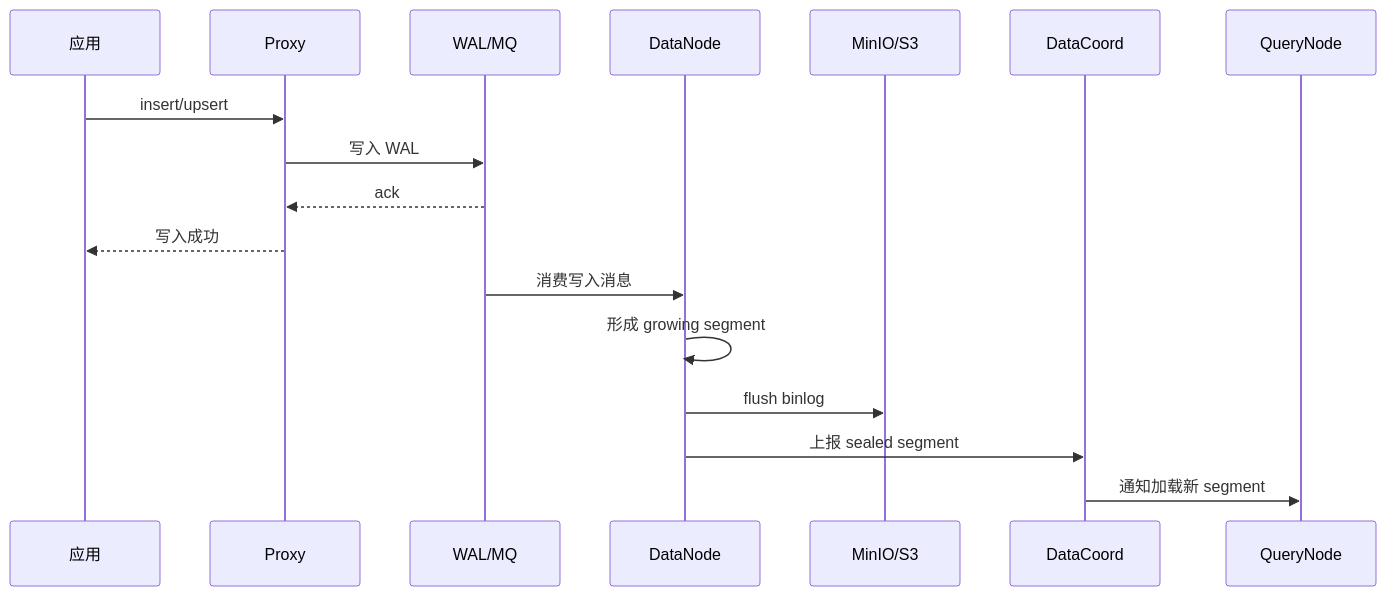
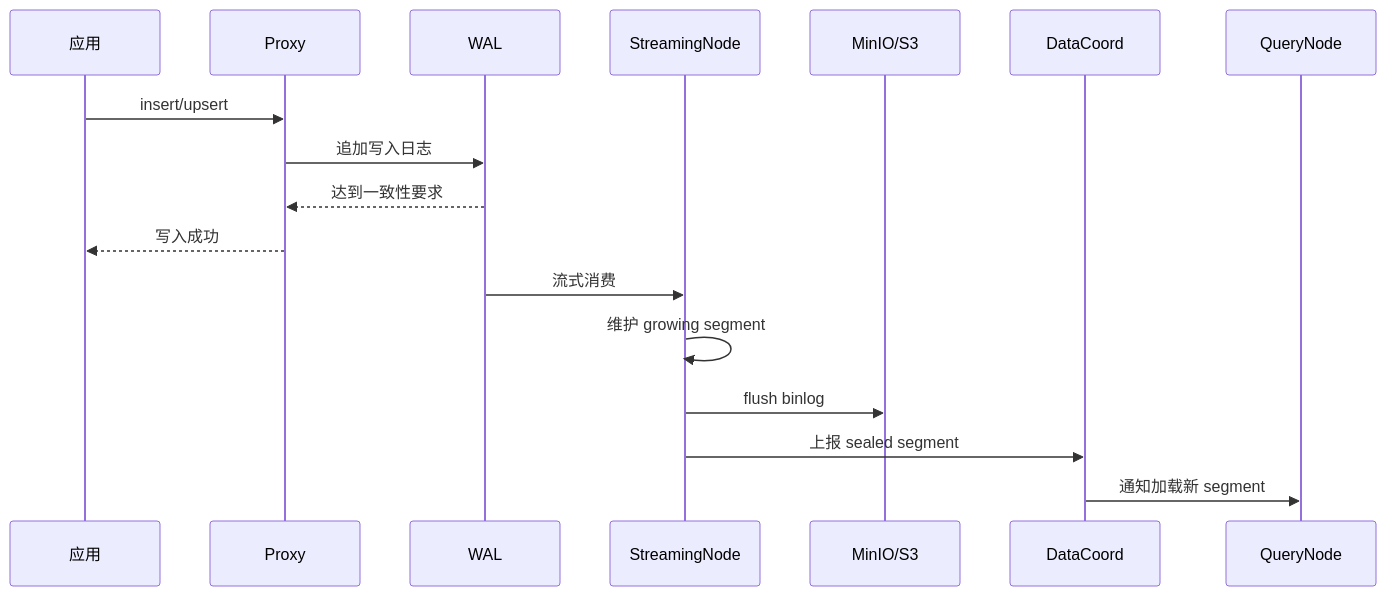
The second of 4 diagrams in milvus-master-course/docs/02-Milvus整体架构.md (yuanmomoya/milvus), drawn with Mermaid before and after one commit. The commit also changed other lines of this file and 341 other files, not shown here.

````diff
--- a/milvus-master-course/docs/02-Milvus整体架构.md
+++ b/milvus-master-course/docs/02-Milvus整体架构.md
@@ -67,20 +62,20 @@
 ```mermaid
 sequenceDiagram
     participant App as 应用
     participant Proxy
-    participant MQ as WAL/MQ
-    participant DataNode
+    participant WAL
+    participant StreamingNode
     participant Obj as MinIO/S3
     participant DataCoord
     participant QueryNode
 
     App->>Proxy: insert/upsert
-    Proxy->>MQ: 写入 WAL
-    MQ-->>Proxy: ack
+    Proxy->>WAL: 追加写入日志
+    WAL-->>Proxy: 达到一致性要求
     Proxy-->>App: 写入成功
-    MQ->>DataNode: 消费写入消息
-    DataNode->>DataNode: 形成 growing segment
-    DataNode->>Obj: flush binlog
-    DataNode->>DataCoord: 上报 sealed segment
+    WAL->>StreamingNode: 流式消费
+    StreamingNode->>StreamingNode: 维护 growing segment
+    StreamingNode->>Obj: flush binlog
+    StreamingNode->>DataCoord: 上报 sealed segment
     DataCoord->>QueryNode: 通知加载新 segment
 ```
````
